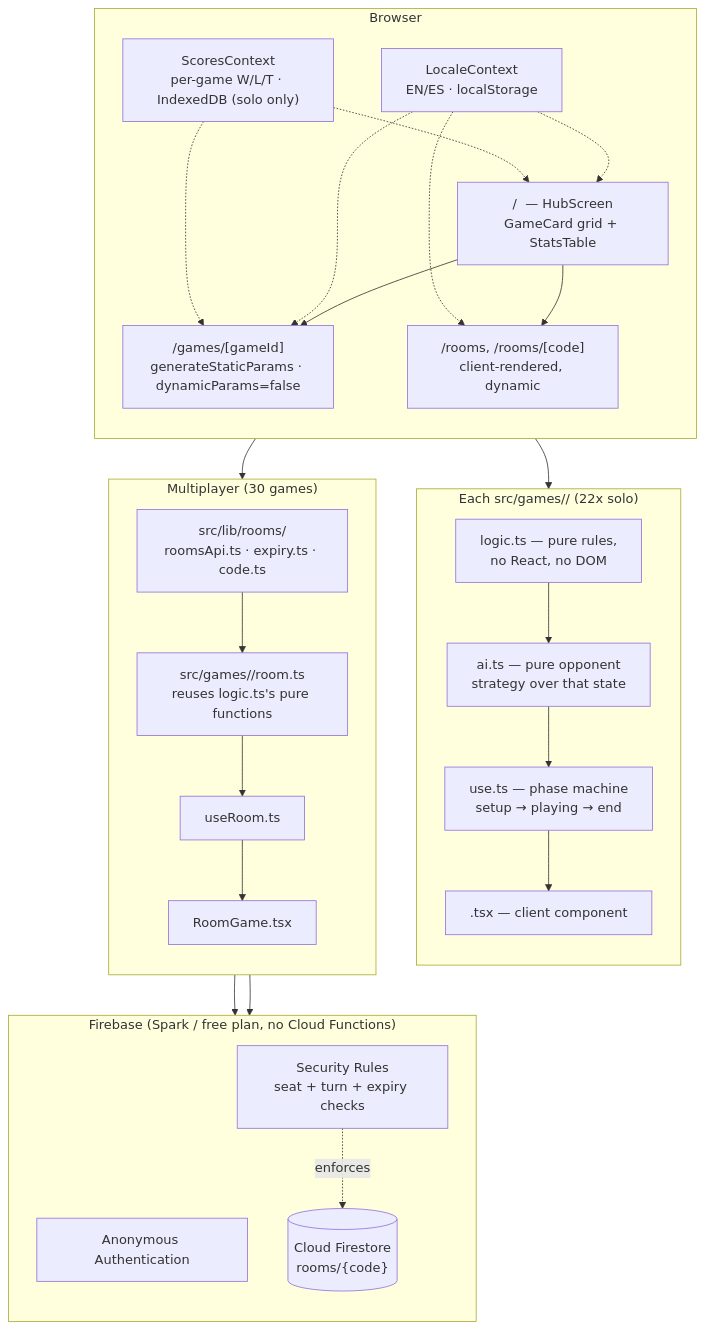
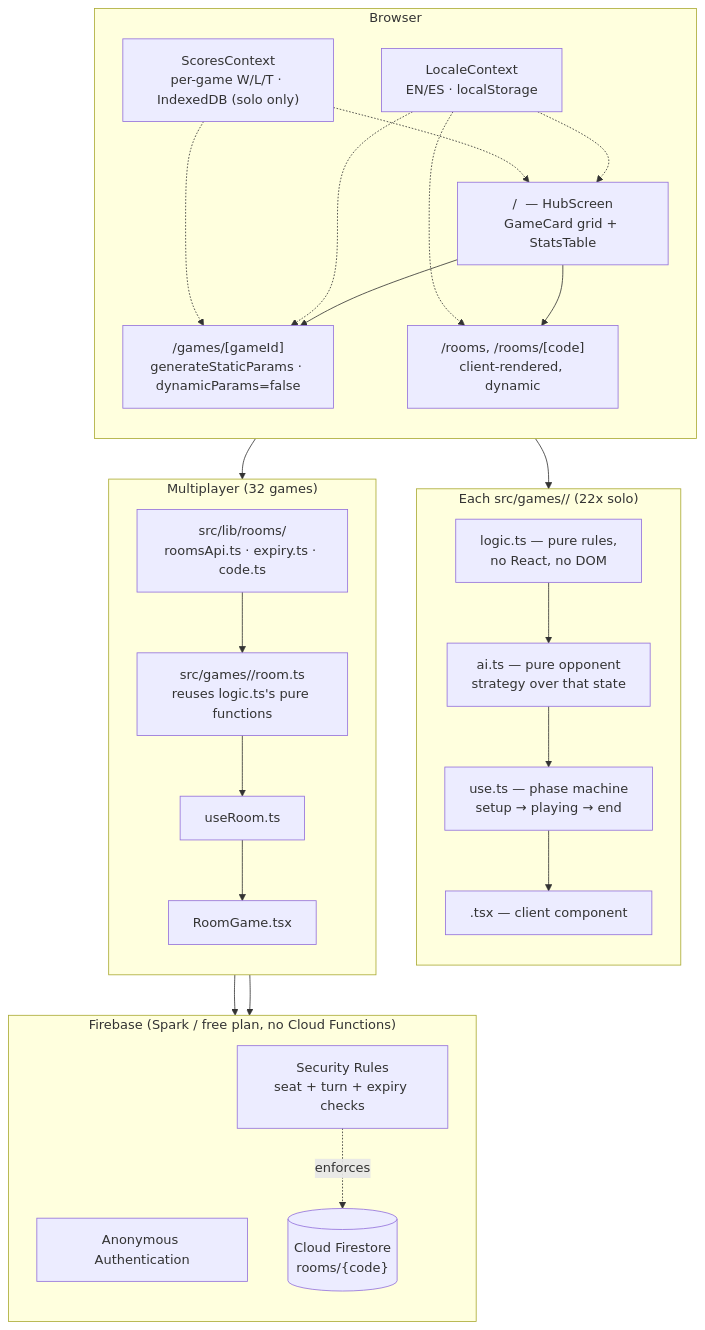
Before and after one commit to JoanOliver04/minigame-hub: the diagram in README.md, drawn with Mermaid. The commit also changed other lines of this file and 26 other files, not shown here.

````diff
--- a/README.md
+++ b/README.md
@@ -218,50 +220,50 @@
 ```mermaid
 flowchart TB
     subgraph Browser
         direction TB
         Hub["/  — HubScreen<br/>GameCard grid + StatsTable"]
         Game["/games/[gameId]<br/>generateStaticParams · dynamicParams=false"]
         Rooms["/rooms, /rooms/[code]<br/>client-rendered, dynamic"]
         LC["LocaleContext<br/>EN/ES · localStorage"]
         SC["ScoresContext<br/>per-game W/L/T · IndexedDB (solo only)"]
         Hub --> Game
         Hub --> Rooms
         LC -.-> Hub
         LC -.-> Game
         LC -.-> Rooms
         SC -.-> Hub
         SC -.-> Game
     end
 
     subgraph PerGame["Each src/games/<id>/ (22x solo)"]
         direction TB
         Logic["logic.ts — pure rules,<br/>no React, no DOM"]
         AI["ai.ts — pure opponent<br/>strategy over that state"]
         Hook["use<Name>.ts — phase machine<br/>setup → playing → end"]
         View["<Name>.tsx — client component"]
         Logic --> AI --> Hook --> View
     end
 
-    subgraph RoomLayer["Multiplayer (30 games)"]
+    subgraph RoomLayer["Multiplayer (32 games)"]
         direction TB
         RoomLib["src/lib/rooms/<br/>roomsApi.ts · expiry.ts · code.ts"]
         RoomGame["src/games/<id>/room.ts<br/>reuses logic.ts's pure functions"]
         RoomHook["use<Name>Room.ts"]
         RoomView["<Name>RoomGame.tsx"]
         RoomLib --> RoomGame --> RoomHook --> RoomView
     end
 
     Game --> PerGame
     Rooms --> RoomLayer
 
     subgraph Firebase["Firebase (Spark / free plan, no Cloud Functions)"]
         direction TB
         Auth["Anonymous Authentication"]
         FS[("Cloud Firestore<br/>rooms/{code}")]
         Rules["Security Rules<br/>seat + turn + expiry checks"]
     end
 
     RoomLib --> Auth
     RoomLib --> FS
     Rules -.enforces.-> FS
 ```
````
